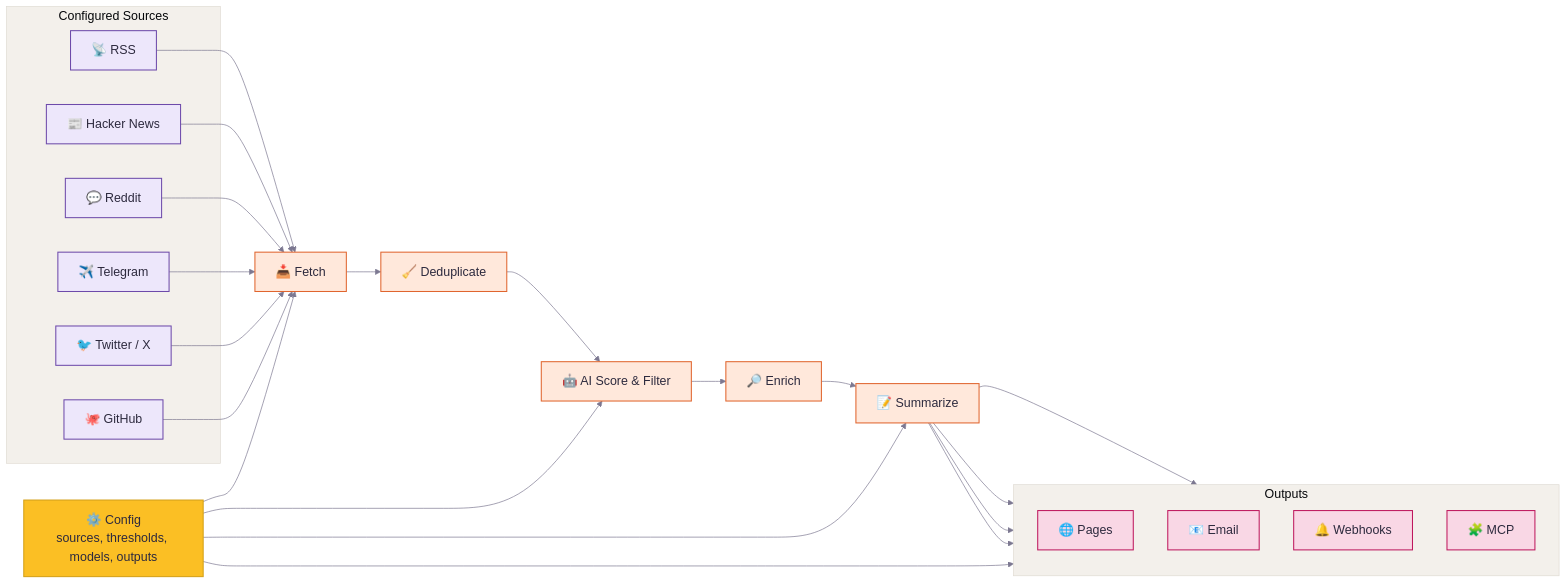
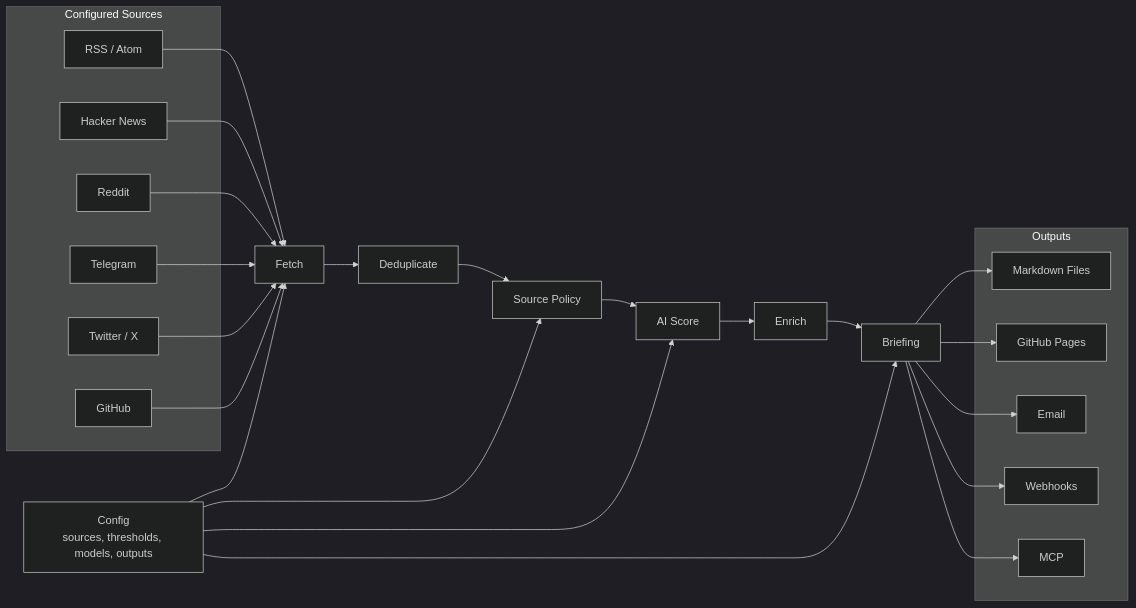
The diagram in README.md (AntonMiklushov/Horizon), drawn with Mermaid before and after one commit. The commit also changed other lines of this file and 28 other files, not shown here.

````diff
--- a/README.md
+++ b/README.md
@@ -88,68 +38,46 @@
 ```mermaid
-%%{init: {
-  "theme": "base",
-  "themeVariables": {
-    "fontFamily": "ui-sans-serif, system-ui, -apple-system, BlinkMacSystemFont, Segoe UI, sans-serif",
-    "fontSize": "18px",
-    "primaryTextColor": "#2d2a3e",
-    "primaryBorderColor": "#e0dbd3",
-    "lineColor": "#7c7891",
-    "tertiaryColor": "#faf8f5",
-    "clusterBkg": "#f3f0eb",
-    "clusterBorder": "#e0dbd3"
-  }
-}}%%
+%%{init: {"theme": "dark"}}%%
 flowchart LR
-    classDef config fill:#fbbf24,stroke:#d4a017,color:#2d2a3e,stroke-width:1.5px;
-    classDef source fill:#ede7fb,stroke:#6d4aaa,color:#2d2a3e,stroke-width:1.5px;
-    classDef process fill:#ffe8db,stroke:#e0652e,color:#2d2a3e,stroke-width:1.5px;
-    classDef output fill:#f9d7e5,stroke:#be185d,color:#2d2a3e,stroke-width:1.5px;
-
-    config["⚙️ Config<br/>sources, thresholds, models, outputs"]
+    config["Config<br/>sources, thresholds, models, outputs"]
 
     subgraph sources["Configured Sources"]
-        rss["📡 RSS"]
-        hn["📰 Hacker News"]
-        reddit["💬 Reddit"]
-        telegram["✈️ Telegram"]
-        twitter["🐦 Twitter / X"]
-        github["🐙 GitHub"]
+        rss["RSS / Atom"]
+        hn["Hacker News"]
+        reddit["Reddit"]
+        telegram["Telegram"]
+        twitter["Twitter / X"]
+        github["GitHub"]
     end
 
-    fetch["📥 Fetch"]
-    dedup["🧹 Deduplicate"]
-    score["🤖 AI Score & Filter"]
-    enrich["🔎 Enrich"]
-    summary["📝 Summarize"]
+    fetch["Fetch"]
+    dedup["Deduplicate"]
+    policy["Source Policy"]
+    score["AI Score"]
+    enrich["Enrich"]
+    summary["Briefing"]
 
     subgraph outputs["Outputs"]
-        direction TB
-        site["🌐 Pages"]
-        email["📧 Email"]
-        webhook["🔔 Webhooks"]
-        mcp["🧩 MCP"]
+        files["Markdown Files"]
+        site["GitHub Pages"]
+        email["Email"]
+        webhook["Webhooks"]
+        mcp["MCP"]
     end
 
     config --> fetch
     rss --> fetch
     hn --> fetch
     reddit --> fetch
     telegram --> fetch
     twitter --> fetch
     github --> fetch
-
-    fetch --> dedup --> score --> enrich --> summary
+    fetch --> dedup --> policy --> score --> enrich --> summary
+    config --> policy
     config --> score
     config --> summary
-    config --> outputs
-
+    summary --> files
     summary --> site
     summary --> email
     summary --> webhook
     summary --> mcp
-
-    class config config
-    class rss,hn,reddit,telegram,twitter,github source
-    class fetch,dedup,score,enrich,summary process
-    class site,email,webhook,mcp output
 ```
````
